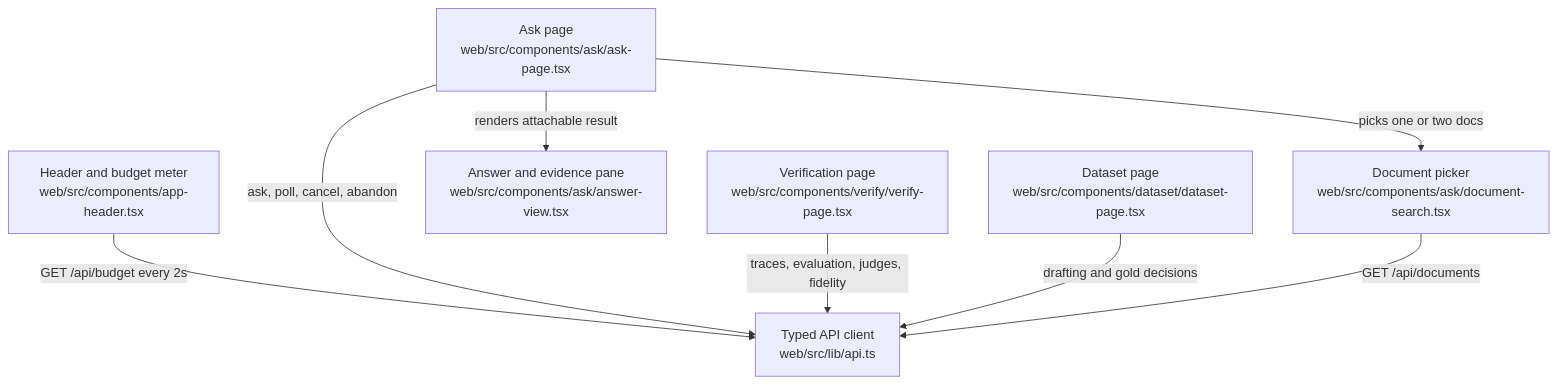
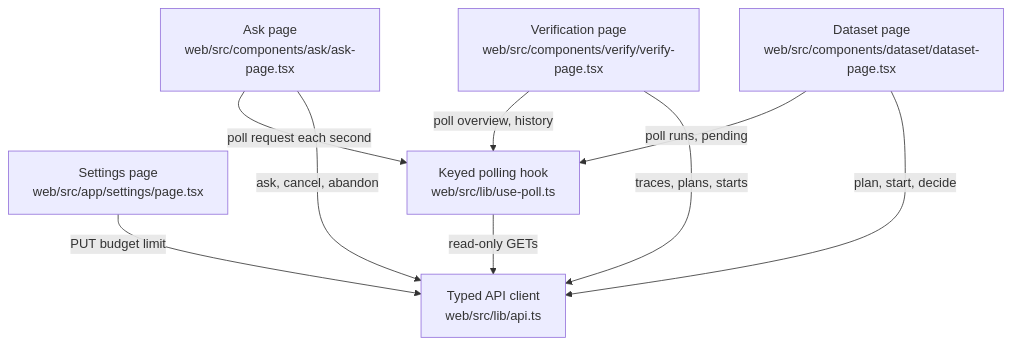
The diagram in .omm/overall-architecture/web-screens/diagram.mmd (littleeeeebit/project-codeit-mid), drawn with Mermaid before and after one commit. The commit also changed 349 other files, not shown here.

Commit message:
Refresh wiki and architecture before merge

```diff
--- a/.omm/overall-architecture/web-screens/diagram.mmd
+++ b/.omm/overall-architecture/web-screens/diagram.mmd
@@ -1,8 +1,15 @@
 graph TD
-  app-header["Header and budget meter\nweb/src/components/app-header.tsx"] -->|"GET /api/budget every 2s"| api-client["Typed API client\nweb/src/lib/api.ts"]
-  ask-page["Ask page\nweb/src/components/ask/ask-page.tsx"] -->|"ask, poll, cancel, abandon"| api-client
-  ask-page -->|"picks one or two docs"| document-search["Document picker\nweb/src/components/ask/document-search.tsx"]
-  ask-page -->|"renders attachable result"| answer-view["Answer and evidence pane\nweb/src/components/ask/answer-view.tsx"]
-  verify-page["Verification page\nweb/src/components/verify/verify-page.tsx"] -->|"traces, evaluation, judges, fidelity"| api-client
-  dataset-page["Dataset page\nweb/src/components/dataset/dataset-page.tsx"] -->|"drafting and gold decisions"| api-client
-  document-search -->|"GET /api/documents"| api-client
+  ask_page["Ask page\nweb/src/components/ask/ask-page.tsx"]
+  verify_page["Verification page\nweb/src/components/verify/verify-page.tsx"]
+  dataset_page["Dataset page\nweb/src/components/dataset/dataset-page.tsx"]
+  settings_page["Settings page\nweb/src/app/settings/page.tsx"]
+  use_poll["Keyed polling hook\nweb/src/lib/use-poll.ts"]
+  api_client["Typed API client\nweb/src/lib/api.ts"]
+  ask_page -->|"poll request each second"| use_poll
+  verify_page -->|"poll overview, history"| use_poll
+  dataset_page -->|"poll runs, pending"| use_poll
+  use_poll -->|"read-only GETs"| api_client
+  ask_page -->|"ask, cancel, abandon"| api_client
+  verify_page -->|"traces, plans, starts"| api_client
+  dataset_page -->|"plan, start, decide"| api_client
+  settings_page -->|"PUT budget limit"| api_client
```
